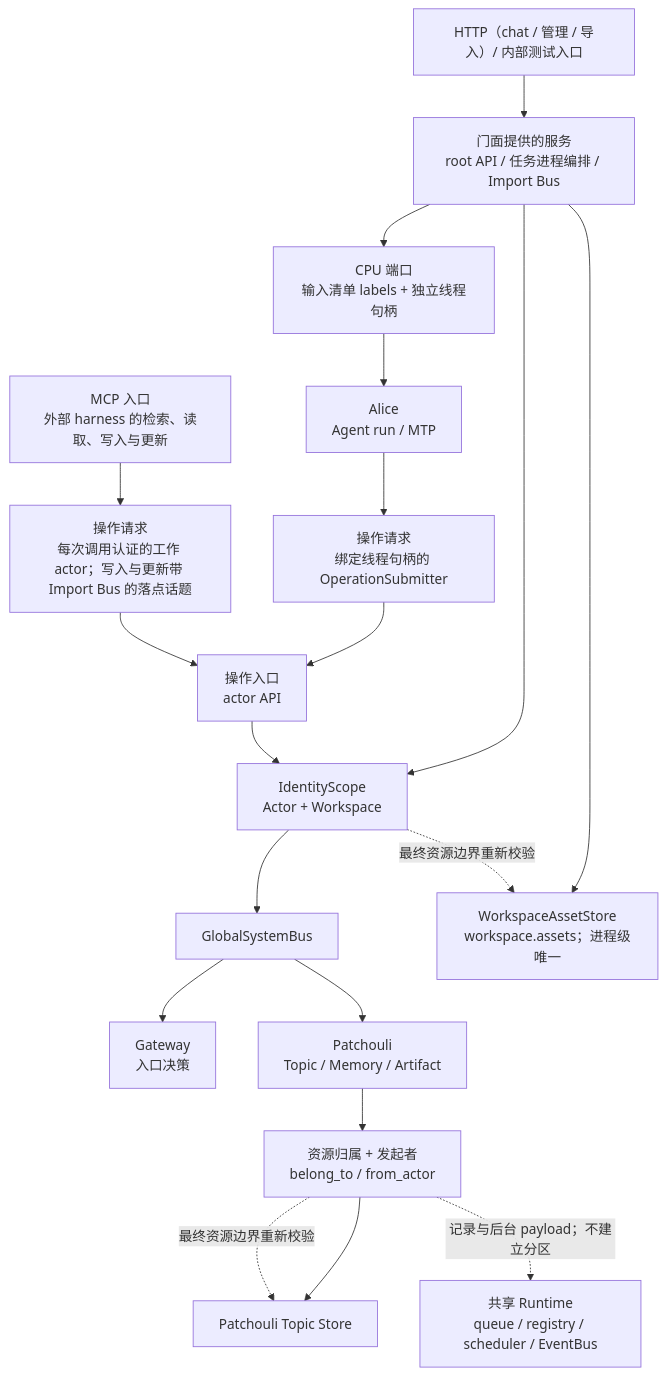
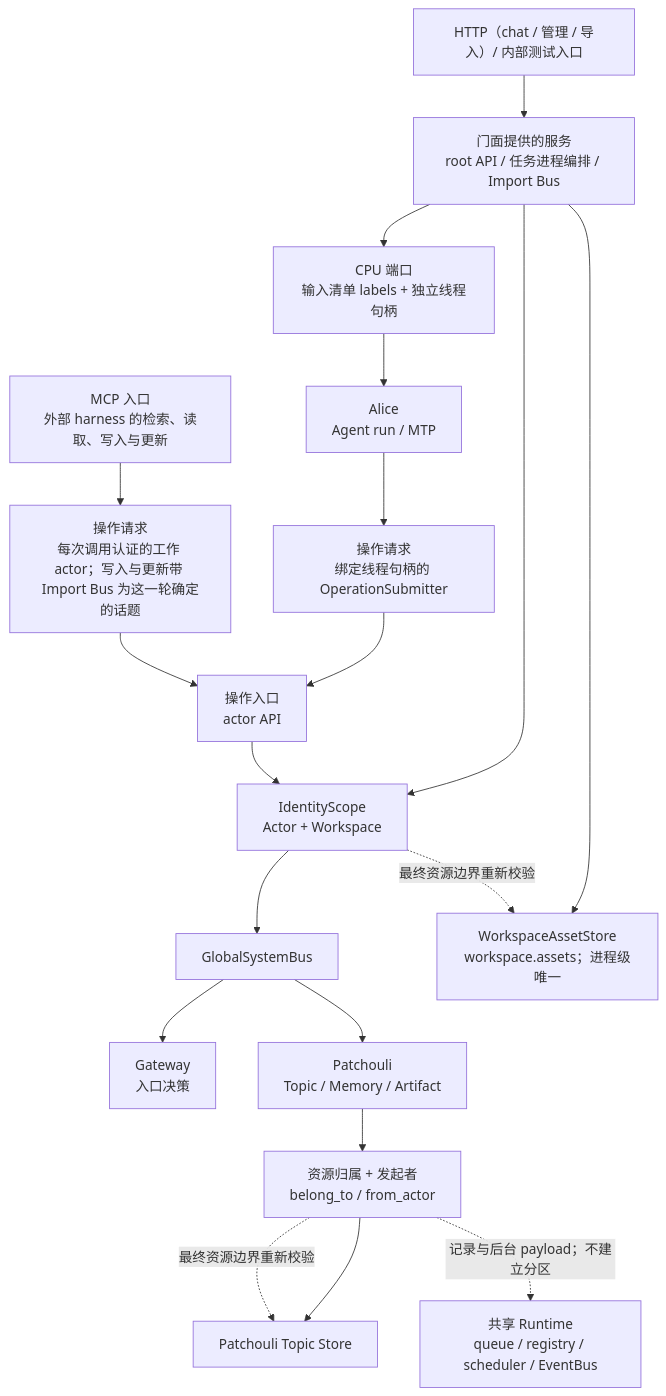
Before and after one commit to artemis03976/HiveMemory: the diagram in docs/workspace/README.md, drawn with Mermaid. The commit also changed 78 other files, not shown here.

````diff
--- a/docs/workspace/README.md
+++ b/docs/workspace/README.md
@@ -64,29 +64,29 @@
 ```mermaid
 flowchart TB
     IN["HTTP（chat / 管理 / 导入）/ 内部测试入口"]
     MCP["MCP 入口\n外部 harness 的检索、读取、写入与更新"]
     SCOPE["IdentityScope\nActor + Workspace"]
     APP["门面提供的服务\nroot API / 任务进程编排 / Import Bus"]
     ENTRY["操作入口\nactor API"]
     BUS["GlobalSystemBus"]
     GW["Gateway\n入口决策"]
     PA["Patchouli\nTopic / Memory / Artifact"]
     IDENTITY["资源归属 + 发起者\nbelong_to / from_actor"]
     AL["Alice\nAgent run / MTP"]
     TOPIC["Patchouli Topic Store"]
     ASSET["WorkspaceAssetStore\nworkspace.assets；进程级唯一"]
     SHARED["共享 Runtime\nqueue / registry / scheduler / EventBus"]
 
     IN --> APP
     APP --> SCOPE --> BUS
     BUS --> GW
     BUS --> PA
     APP --> CPU["CPU 端口\n输入清单 labels + 独立线程句柄"] --> AL
     AL --> OP["操作请求\n绑定线程句柄的 OperationSubmitter"] --> ENTRY --> SCOPE
-    MCP --> REQ["操作请求\n每次调用认证的工作 actor；写入与更新带 Import Bus 的落点话题"] --> ENTRY
+    MCP --> REQ["操作请求\n每次调用认证的工作 actor；写入与更新带 Import Bus 为这一轮确定的话题"] --> ENTRY
     PA --> IDENTITY --> TOPIC
     APP --> ASSET
     IDENTITY -. "最终资源边界重新校验" .-> TOPIC
     SCOPE -. "最终资源边界重新校验" .-> ASSET
     IDENTITY -. "记录与后台 payload；不建立分区" .-> SHARED
 ```
````
